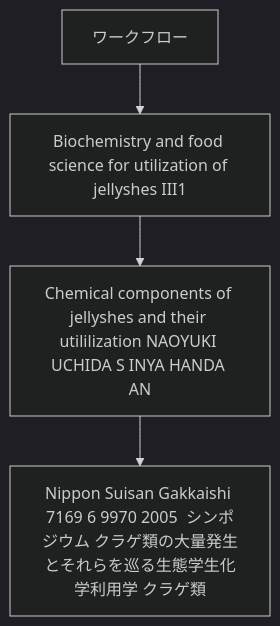
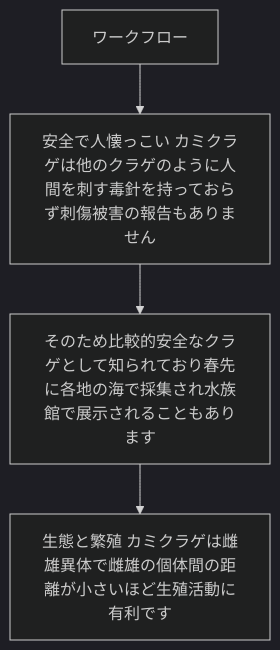
The second of 2 diagrams in frontend/.slidev/slides.md (zhu-xujuan/AIAgentZhu), drawn with Mermaid (dark theme) before and after one commit. The commit also changed other lines of this file and 9 other files, not shown here.

````diff
--- a/frontend/.slidev/slides.md
+++ b/frontend/.slidev/slides.md
@@ -64,7 +65,7 @@
 ```mermaid
 flowchart TD
   A[ワークフロー]
-  A --> B[Biochemistry and food science for utilization of jellyshes III1]
-  B --> C[Chemical components of jellyshes and their utililization NAOYUKI UCHIDA S INYA HANDA AN]
-  C --> D[Nippon Suisan Gakkaishi 7169 6 9970 2005  シンポジウム クラゲ類の大量発生とそれらを巡る生態学生化学利用学 クラゲ類]
+  A --> B[安全で人懐っこい カミクラゲは他のクラゲのように人間を刺す毒針を持っておらず刺傷被害の報告もありません]
+  B --> C[そのため比較的安全なクラゲとして知られており春先に各地の海で採集され水族館で展示されることもあります]
+  C --> D[生態と繁殖 カミクラゲは雌雄異体で雌雄の個体間の距離が小さいほど生殖活動に有利です]
 ```
````
